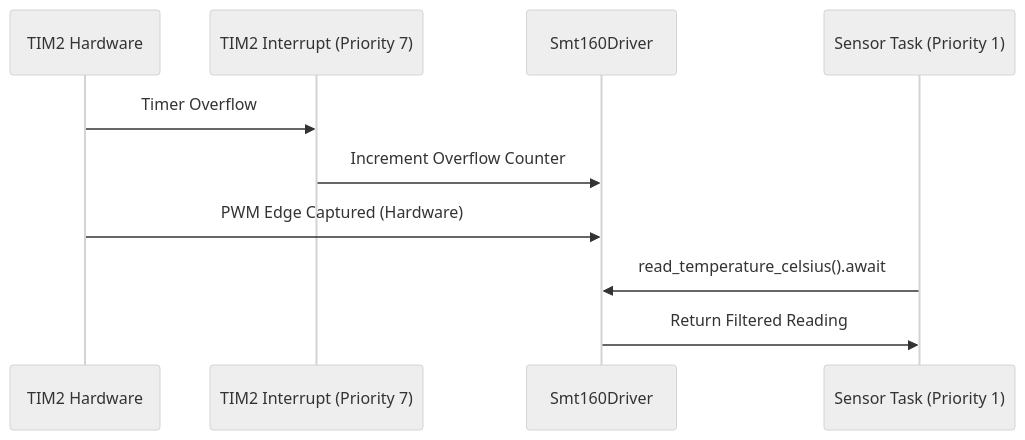
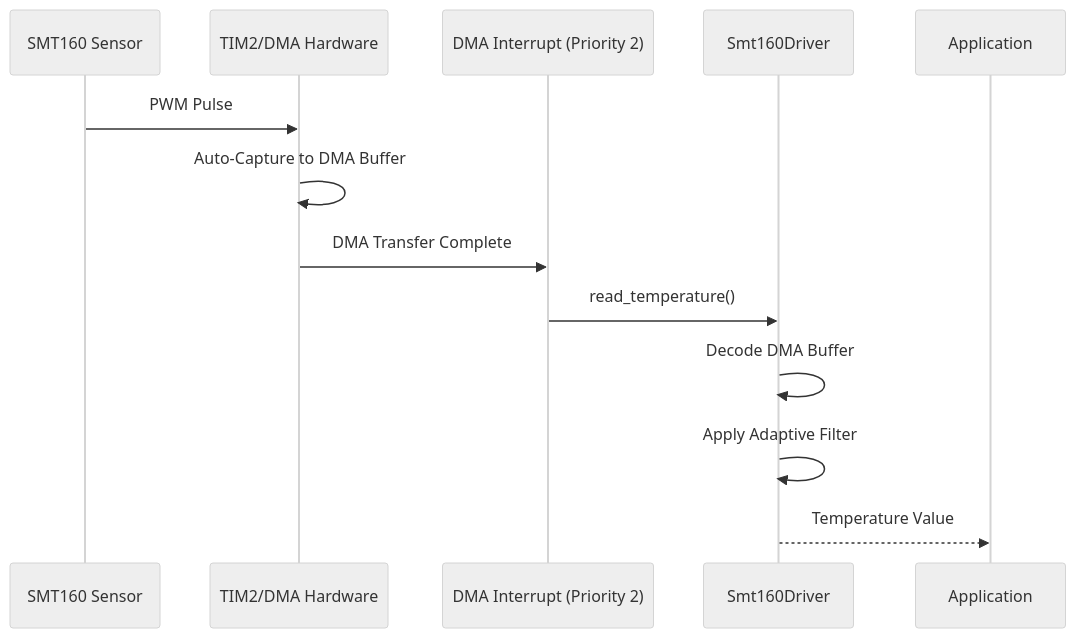
The diagram in RTIC2_setup_instruction.md (FaezBarghasa/smt160-driver), drawn with Mermaid (neutral theme) before and after one commit. The commit also changed other lines of this file and 7 other files, not shown here.

Commit message:
docs: update technical documentation, status taxonomies, and architectural diagrams to reflect refined signal processing and error handling logic

````diff
--- a/RTIC2_setup_instruction.md
+++ b/RTIC2_setup_instruction.md
@@ -126,13 +115,16 @@
 ```mermaid
 sequenceDiagram
-    participant HW as TIM2 Hardware
-    participant ISR as TIM2 Interrupt (Priority 7)
-    participant DRV as Smt160Driver
-    participant TASK as Sensor Task (Priority 1)
+    participant S as SMT160 Sensor
+    participant H as TIM2/DMA Hardware
+    participant I as DMA Interrupt (Priority 2)
+    participant D as Smt160Driver
+    participant A as Application
 
-    HW->>ISR: Timer Overflow
-    ISR->>DRV: Increment Overflow Counter
-    HW->>DRV: PWM Edge Captured (Hardware)
-    TASK->>DRV: read_temperature_celsius().await
-    DRV->>TASK: Return Filtered Reading
+    S->>H: PWM Pulse
+    H->>H: Auto-Capture to DMA Buffer
+    H->>I: DMA Transfer Complete
+    I->>D: read_temperature()
+    D->>D: Decode DMA Buffer
+    D->>D: Apply Adaptive Filter
+    D-->>A: Temperature Value
 ```
````
